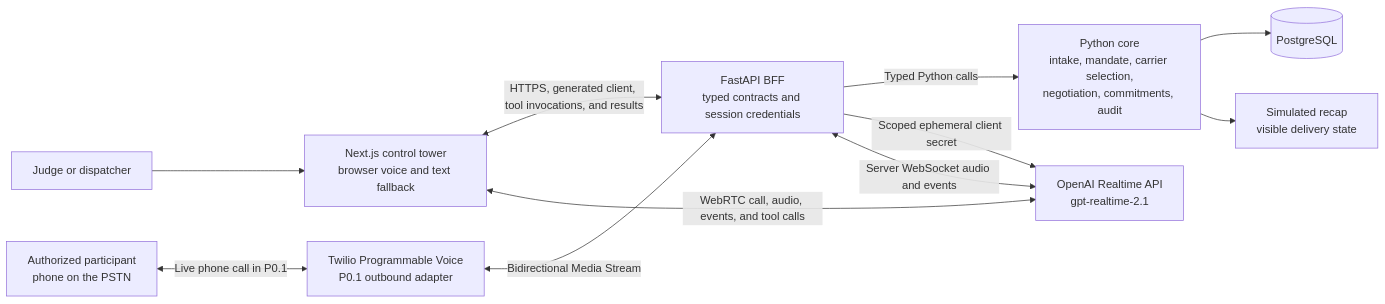
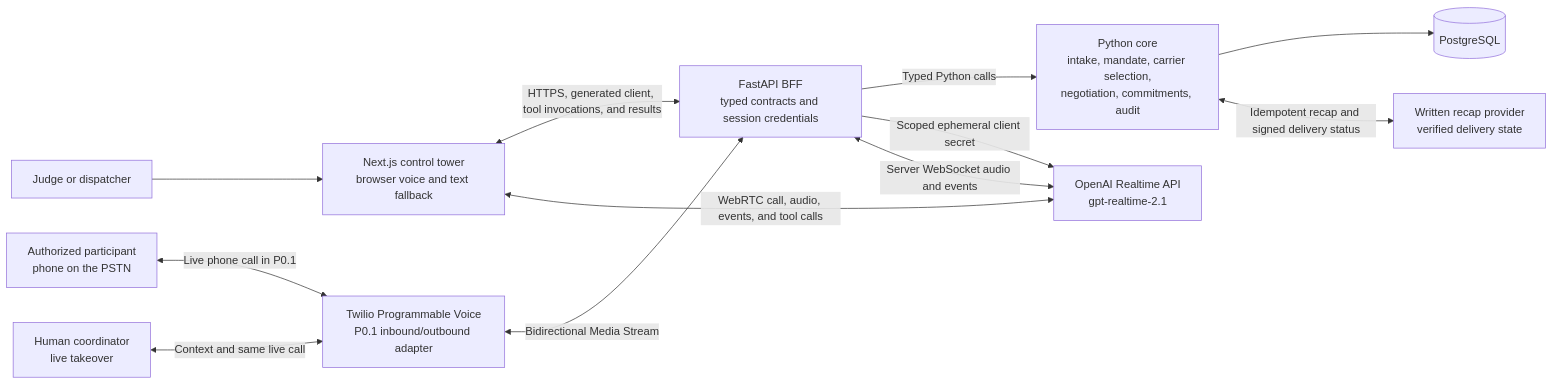
Before and after one commit to rmcosta-lab/yuno-kickstart: the diagram in docs/decisions/challenge-plan.md, drawn with Mermaid. The commit also changed other lines of this file and 1 other file, not shown here.

Commit message:
Complete telephony challenge roadmap

````diff
--- a/docs/decisions/challenge-plan.md
+++ b/docs/decisions/challenge-plan.md
@@ -180,23 +183,25 @@
 ```mermaid
 flowchart LR
     participant["Judge or dispatcher"]
     browser["Next.js control tower<br/>browser voice and text fallback"]
     api["FastAPI BFF<br/>typed contracts and session credentials"]
     core["Python core<br/>intake, mandate, carrier selection,<br/>negotiation, commitments, audit"]
     postgres[(PostgreSQL)]
     realtime["OpenAI Realtime API<br/>gpt-realtime-2.1"]
-    recap["Simulated recap<br/>visible delivery state"]
+    recap["Written recap provider<br/>verified delivery state"]
     phone["Authorized participant<br/>phone on the PSTN"]
-    provider["Twilio Programmable Voice<br/>P0.1 outbound adapter"]
+    provider["Twilio Programmable Voice<br/>P0.1 inbound/outbound adapter"]
+    coordinator["Human coordinator<br/>live takeover"]
 
     participant --> browser
     browser <-->|"HTTPS, generated client, tool invocations, and results"| api
     api -->|"Typed Python calls"| core
     core --> postgres
     api -->|"Scoped ephemeral client secret"| realtime
     browser <-->|"WebRTC call, audio, events, and tool calls"| realtime
-    core --> recap
+    core <-->|"Idempotent recap and signed delivery status"| recap
     phone <-->|"Live phone call in P0.1"| provider
     provider <-->|"Bidirectional Media Stream"| api
     api <-->|"Server WebSocket audio and events"| realtime
+    coordinator <-->|"Context and same live call"| provider
 ```
````
